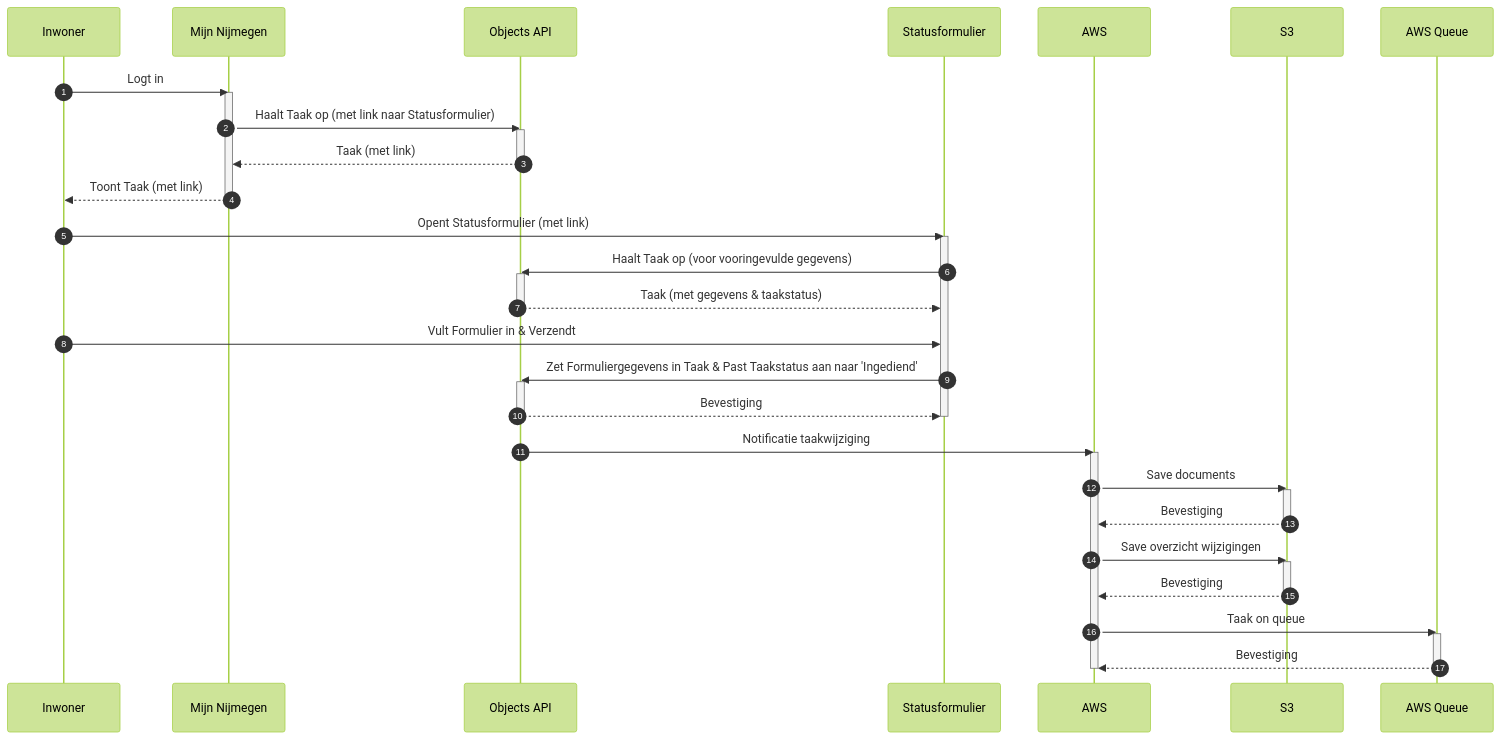
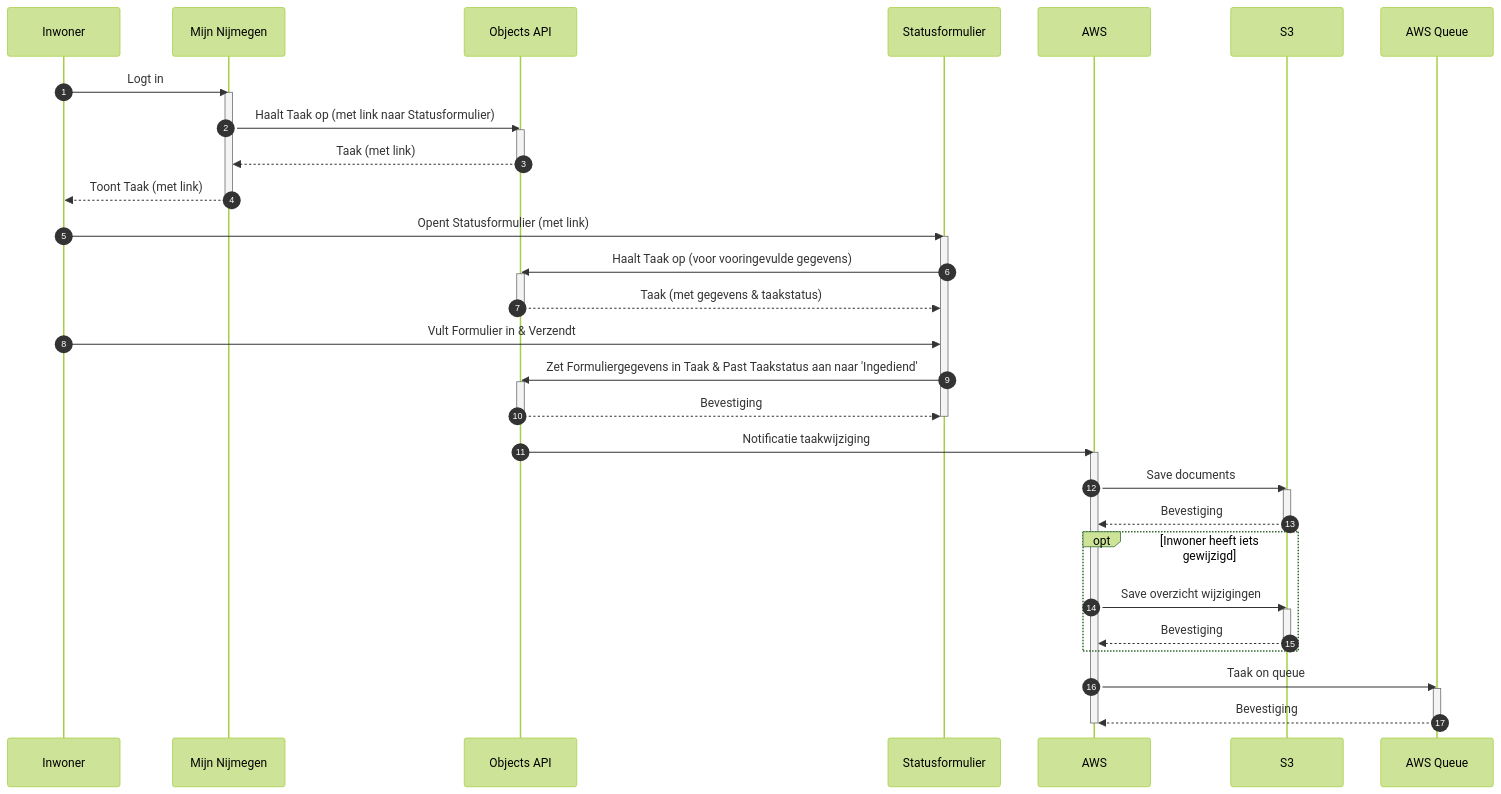
Before and after one commit to GemeenteNijmegen/open-forms: the second of 3 diagrams in docs/ESFv2/esf.md, drawn with Mermaid (forest theme). The commit also changed other lines of this file, not shown here.

Commit message:
docs(esf): describe that the overview of changes is optional

````diff
--- a/docs/ESFv2/esf.md
+++ b/docs/ESFv2/esf.md
@@ -60,49 +60,51 @@
 ```mermaid
 sequenceDiagram
     autonumber
     participant Inwoner
     participant Mijn Nijmegen
     participant Objects API
     participant Statusformulier
     participant AWS
     participant S3
     participant AWS Queue
 
     Inwoner->>Mijn Nijmegen: Logt in
     activate Mijn Nijmegen
     Mijn Nijmegen->>Objects API: Haalt Taak op (met link naar Statusformulier)
     activate Objects API
     Objects API-->>Mijn Nijmegen: Taak (met link)
     deactivate Objects API
     Mijn Nijmegen-->>Inwoner: Toont Taak (met link)
     deactivate Mijn Nijmegen
 
     Inwoner->>Statusformulier: Opent Statusformulier (met link)
     activate Statusformulier
     Statusformulier->>Objects API: Haalt Taak op (voor vooringevulde gegevens)
     activate Objects API
     Objects API-->>Statusformulier: Taak (met gegevens & taakstatus)
     deactivate Objects API
     Inwoner->>Statusformulier: Vult Formulier in & Verzendt
     Statusformulier->>Objects API: Zet Formuliergegevens in Taak & Past Taakstatus aan naar 'Ingediend'
     activate Objects API
     Objects API-->>Statusformulier: Bevestiging
     deactivate Objects API
     deactivate Statusformulier
 
     Objects API->>AWS: Notificatie taakwijziging
     activate AWS
     AWS->>S3: Save documents
     activate S3
     S3-->>AWS: Bevestiging
     deactivate S3
-    AWS->>S3: Save overzicht wijzigingen
-    activate S3
-    S3-->>AWS: Bevestiging
-    deactivate S3
+    opt Inwoner heeft iets gewijzigd
+        AWS->>S3: Save overzicht wijzigingen
+        activate S3
+        S3-->>AWS: Bevestiging
+        deactivate S3
+    end
     AWS->>AWS Queue: Taak on queue
     activate AWS Queue
     AWS Queue-->>AWS: Bevestiging
     deactivate AWS Queue
     deactivate AWS
 ```
````
